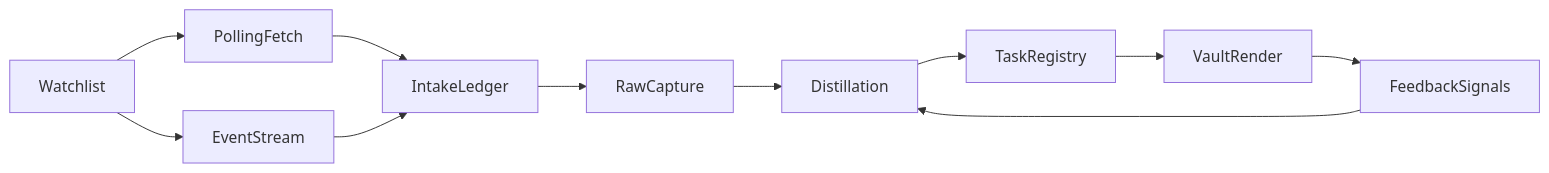
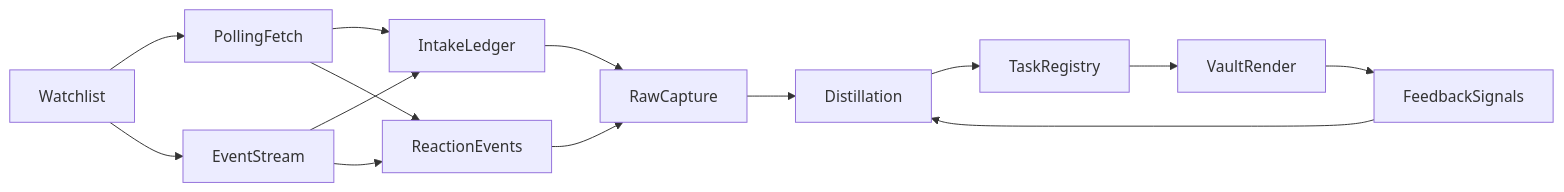
One commit to cc314/lark-to-notes changed the diagram in plan_for_lark_to_notes_workflow.md. Above: the diagram before and after it, drawn with Mermaid. The commit also changed other lines of this file and 2 other files, not shown here.

First line of the commit message:
docs(beads): reaction traceability matrix, README policy and scopes

````diff
--- a/plan_for_lark_to_notes_workflow.md
+++ b/plan_for_lark_to_notes_workflow.md
@@ -696,23 +751,27 @@
 ```mermaid
 flowchart LR
 watchlist[Watchlist]
 polling[PollingFetch]
 events[EventStream]
+reactions[ReactionEvents]
 ledger[IntakeLedger]
 rawStore[RawCapture]
 distill[Distillation]
 taskRegistry[TaskRegistry]
 vault[VaultRender]
 feedback[FeedbackSignals]
 
 watchlist --> polling
 watchlist --> events
 polling --> ledger
 events --> ledger
+events --> reactions
+polling --> reactions
+reactions --> rawStore
 ledger --> rawStore
 rawStore --> distill
 distill --> taskRegistry
 taskRegistry --> vault
 vault --> feedback
 feedback --> distill
 ```
````
